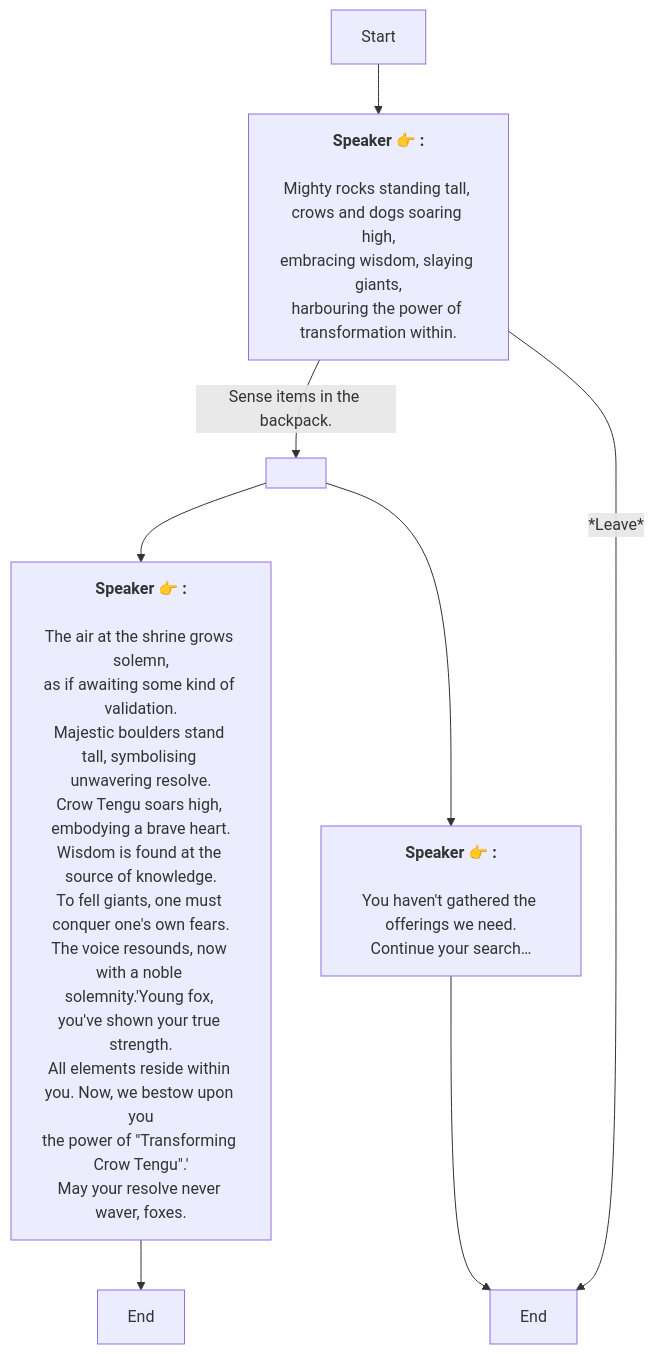
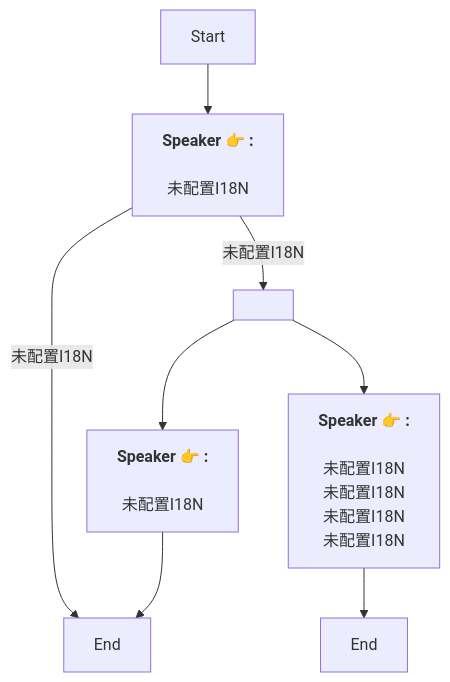
One commit to SoftHu/tos_avg changed the diagram in En/AddDialogNode_1738975568286017.md. Above: the diagram before and after it, drawn with Mermaid. The commit also changed 780 other files, not shown here.

````diff
--- a/En/AddDialogNode_1738975568286017.md
+++ b/En/AddDialogNode_1738975568286017.md
@@ -1,23 +1,14 @@
 ```mermaid
 graph
 Start -->1738975602819396[<b>Speaker 👉 :</b>
-\nMighty rocks standing tall, crows and dogs soaring high,
-embracing wisdom, slaying giants,
-harbouring the power of transformation within.]
-1738975602819396 -->|Sense items in the backpack.|1738975698541899[ ]
-1738975602819396 -->|*Leave*|1738975792784718[End]
+\n未配置I18N]
+1738975602819396 -->|未配置I18N|1738975792784718[End]
+1738975602819396 -->|未配置I18N|1738975698541899[ ]
+1738975698541899 -->1738975756244301[<b>Speaker 👉 :</b>
+\n未配置I18N]
 1738975698541899 -->1738975713146188[<b>Speaker 👉 :</b>
-\nThe air at the shrine grows solemn,
-as if awaiting some kind of validation.\nMajestic boulders stand tall, symbolising unwavering resolve.
-Crow Tengu soars high, embodying a brave heart.
-Wisdom is found at the source of knowledge.
-To fell giants, one must conquer one's own fears.\nThe voice resounds, now with a noble solemnity.'Young fox, you've shown your true strength.
-All elements reside within you. Now, we bestow upon you
-the power of &quot;Transforming Crow Tengu&quot;.'\nMay your resolve never waver, foxes.]
-1738975698541899 -->1738975756244301[<b>Speaker 👉 :</b>
-\nYou haven't gathered the offerings we need.
-Continue your search…]
+\n未配置I18N\n未配置I18N\n未配置I18N\n未配置I18N]
 1738975713146188 -->1738976137127247[End]
 1738975756244301 -->1738975792784718[End]
 
 ```
````
